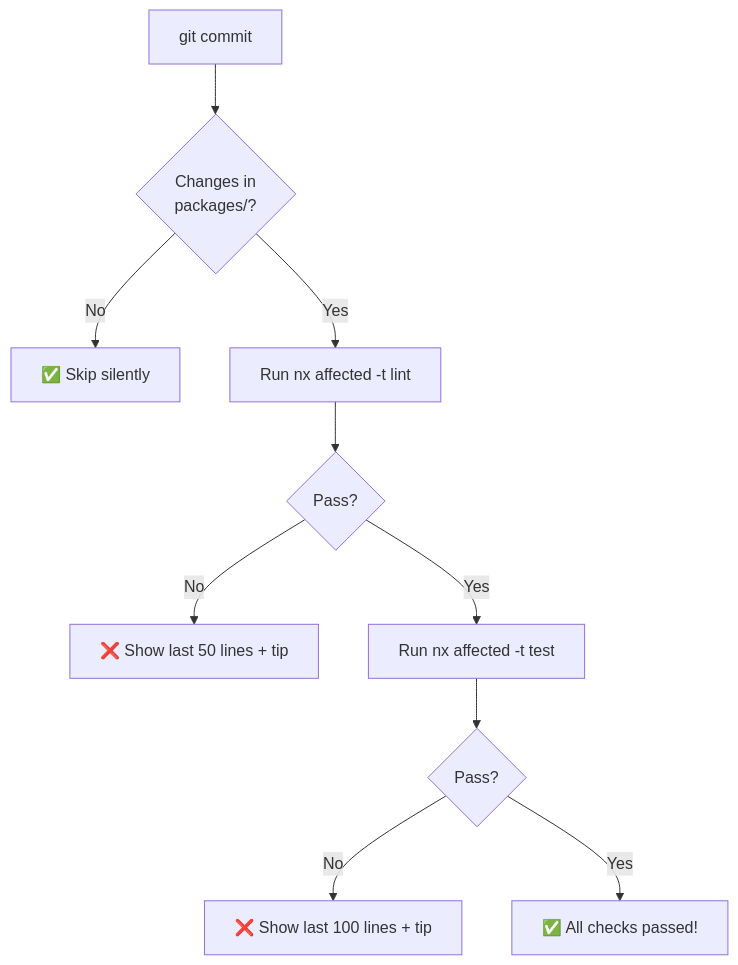
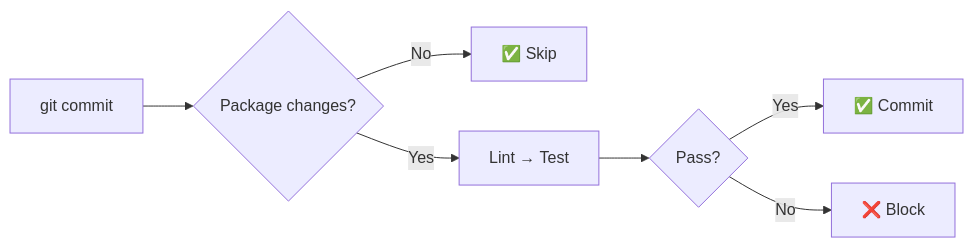
One commit to ofri-peretz/eslint changed the fifth of 5 diagrams in .github/CICD_PIPELINE.md. Above: the diagram before and after it, drawn with Mermaid. The commit also changed other lines of this file and 3 other files, not shown here.

````diff
--- a/.github/CICD_PIPELINE.md
+++ b/.github/CICD_PIPELINE.md
@@ -1583,12 +311,9 @@
 ```mermaid
-flowchart TD
-    COMMIT[git commit] --> CHECK{Changes in<br>packages/?}
-    CHECK -->|No| SKIP[✅ Skip silently]
-    CHECK -->|Yes| LINT[Run nx affected -t lint]
-    LINT --> LRESULT{Pass?}
-    LRESULT -->|No| FAIL1[❌ Show last 50 lines + tip]
-    LRESULT -->|Yes| TEST[Run nx affected -t test]
-    TEST --> TRESULT{Pass?}
-    TRESULT -->|No| FAIL2[❌ Show last 100 lines + tip]
-    TRESULT -->|Yes| PASS[✅ All checks passed!]
+flowchart LR
+    A[git commit] --> B{Package changes?}
+    B -->|No| C[✅ Skip]
+    B -->|Yes| D[Lint → Test]
+    D --> E{Pass?}
+    E -->|Yes| F[✅ Commit]
+    E -->|No| G[❌ Block]
 ```
````
